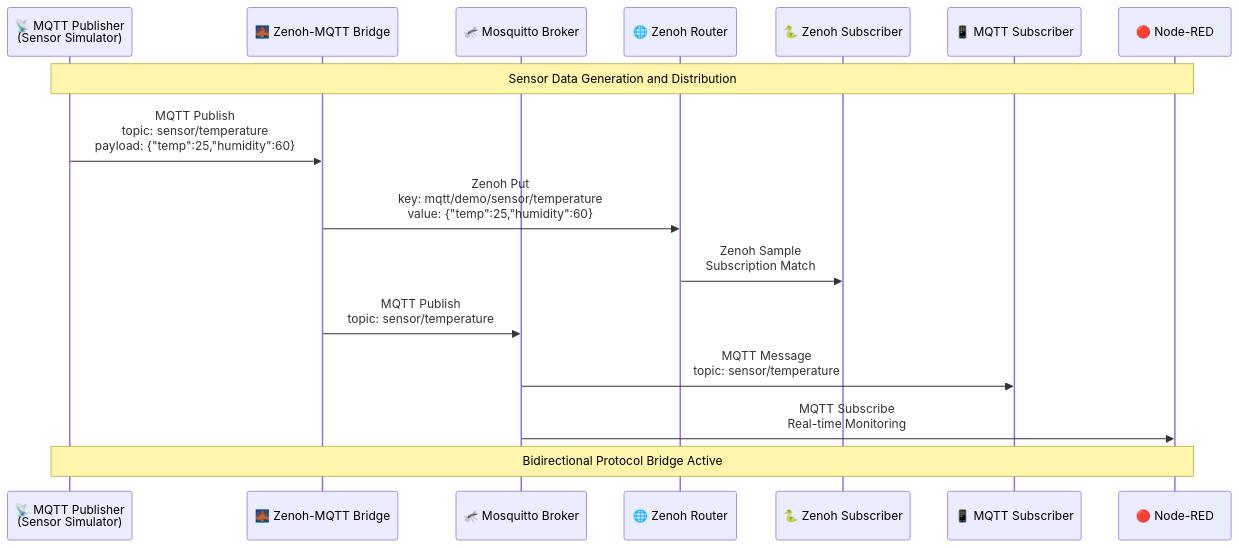
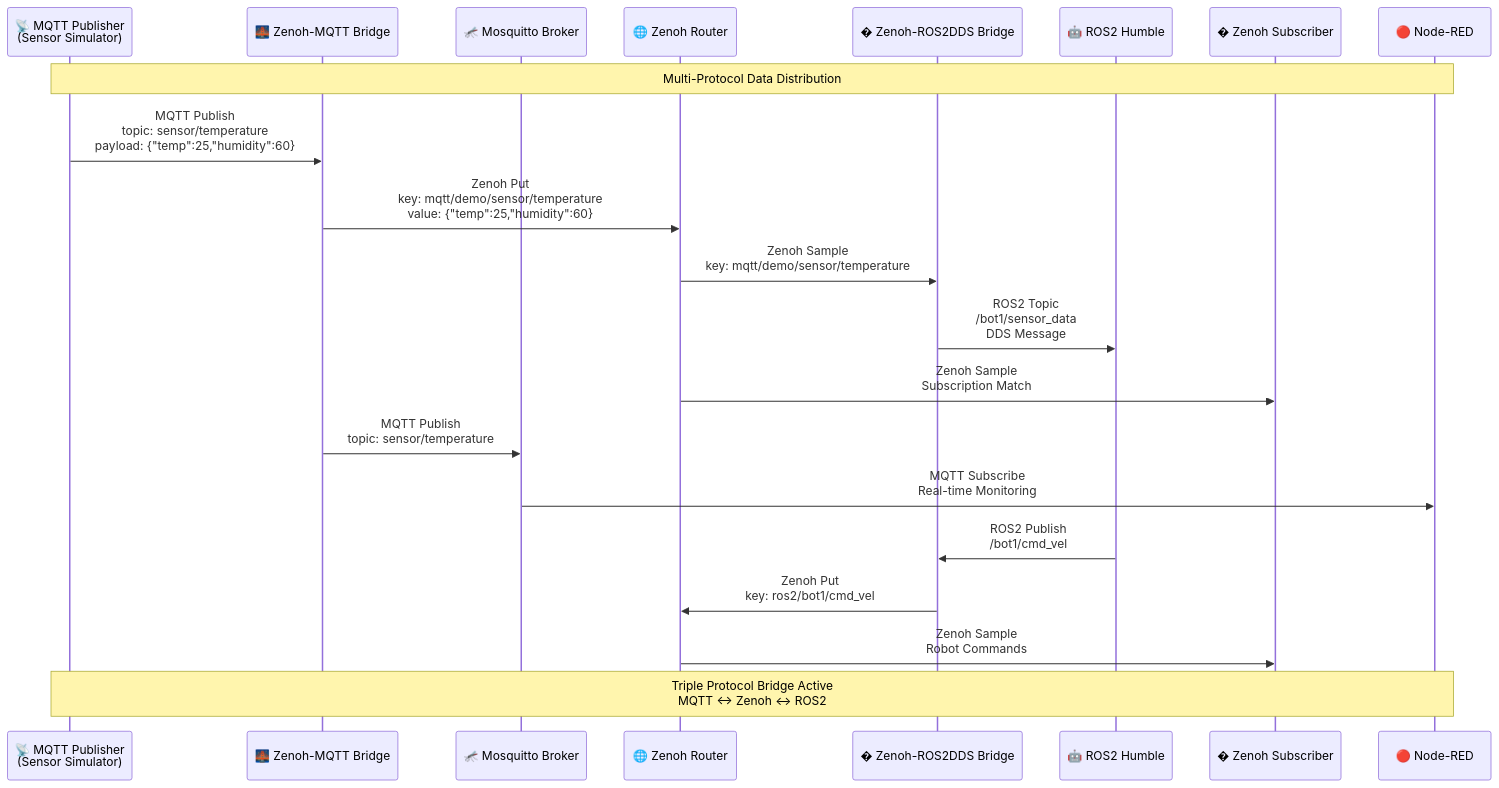
The second of 3 diagrams in README.md (harunkurtdev/zenoh-multi-bridge), drawn with Mermaid before and after one commit. The commit also changed other lines of this file and 1 other file, not shown here.

````diff
--- a/README.md
+++ b/README.md
@@ -113,32 +148,36 @@
 ```mermaid
 sequenceDiagram
     participant Sensor as 📡 MQTT Publisher<br/>(Sensor Simulator)
-    participant Bridge as 🌉 Zenoh-MQTT Bridge
+    participant MQTTBridge as 🌉 Zenoh-MQTT Bridge
     participant MQTT as 🦟 Mosquitto Broker
     participant ZRouter as 🌐 Zenoh Router
-    participant ZSub as 🐍 Zenoh Subscriber
-    participant MSub as 📱 MQTT Subscriber
+    participant ROSBridge as � Zenoh-ROS2DDS Bridge
+    participant ROS2 as 🤖 ROS2 Humble
+    participant ZSub as � Zenoh Subscriber
     participant NodeRED as 🔴 Node-RED
     
-    Note over Sensor,NodeRED: Sensor Data Generation and Distribution
+    Note over Sensor,NodeRED: Multi-Protocol Data Distribution
     
-    %% Data transmission from MQTT Publisher to Bridge
-    Sensor->>Bridge: MQTT Publish<br/>topic: sensor/temperature<br/>payload: {"temp":25,"humidity":60}
+    %% MQTT to Zenoh Flow
+    Sensor->>MQTTBridge: MQTT Publish<br/>topic: sensor/temperature<br/>payload: {"temp":25,"humidity":60}
     
-    %% Translation from Bridge to Zenoh
-    Bridge->>ZRouter: Zenoh Put<br/>key: mqtt/demo/sensor/temperature<br/>value: {"temp":25,"humidity":60}
+    MQTTBridge->>ZRouter: Zenoh Put<br/>key: mqtt/demo/sensor/temperature<br/>value: {"temp":25,"humidity":60}
     
-    %% Data delivery to Zenoh Subscriber
+    %% Zenoh to ROS2 Flow  
+    ZRouter->>ROSBridge: Zenoh Sample<br/>key: mqtt/demo/sensor/temperature
+    ROSBridge->>ROS2: ROS2 Topic<br/>/bot1/sensor_data<br/>DDS Message
+    
+    %% Zenoh Subscriber
     ZRouter->>ZSub: Zenoh Sample<br/>Subscription Match
     
-    %% Transfer from Bridge to MQTT Broker as well
-    Bridge->>MQTT: MQTT Publish<br/>topic: sensor/temperature
-    
-    %% Data delivery to MQTT Subscriber
-    MQTT->>MSub: MQTT Message<br/>topic: sensor/temperature
-    
-    %% Monitoring with Node-RED
+    %% Traditional MQTT Flow
+    MQTTBridge->>MQTT: MQTT Publish<br/>topic: sensor/temperature
     MQTT->>NodeRED: MQTT Subscribe<br/>Real-time Monitoring
     
-    Note over Sensor,NodeRED: Bidirectional Protocol Bridge Active
+    %% ROS2 to Zenoh (Bidirectional)
+    ROS2->>ROSBridge: ROS2 Publish<br/>/bot1/cmd_vel
+    ROSBridge->>ZRouter: Zenoh Put<br/>key: ros2/bot1/cmd_vel
+    ZRouter->>ZSub: Zenoh Sample<br/>Robot Commands
+    
+    Note over Sensor,NodeRED: Triple Protocol Bridge Active<br/>MQTT ↔ Zenoh ↔ ROS2
 ```
````
